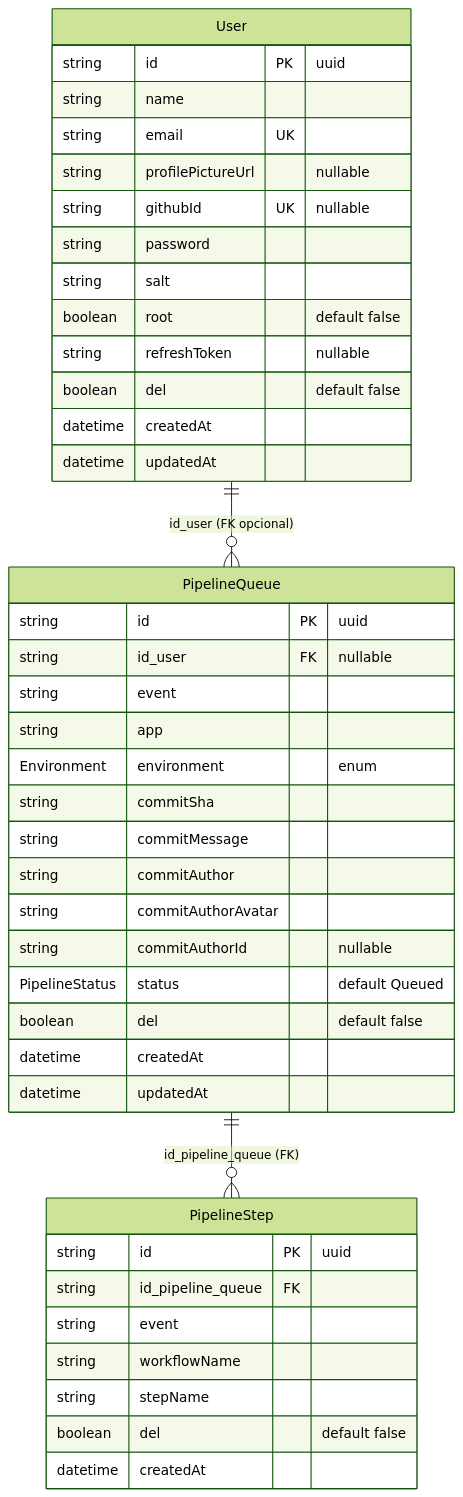
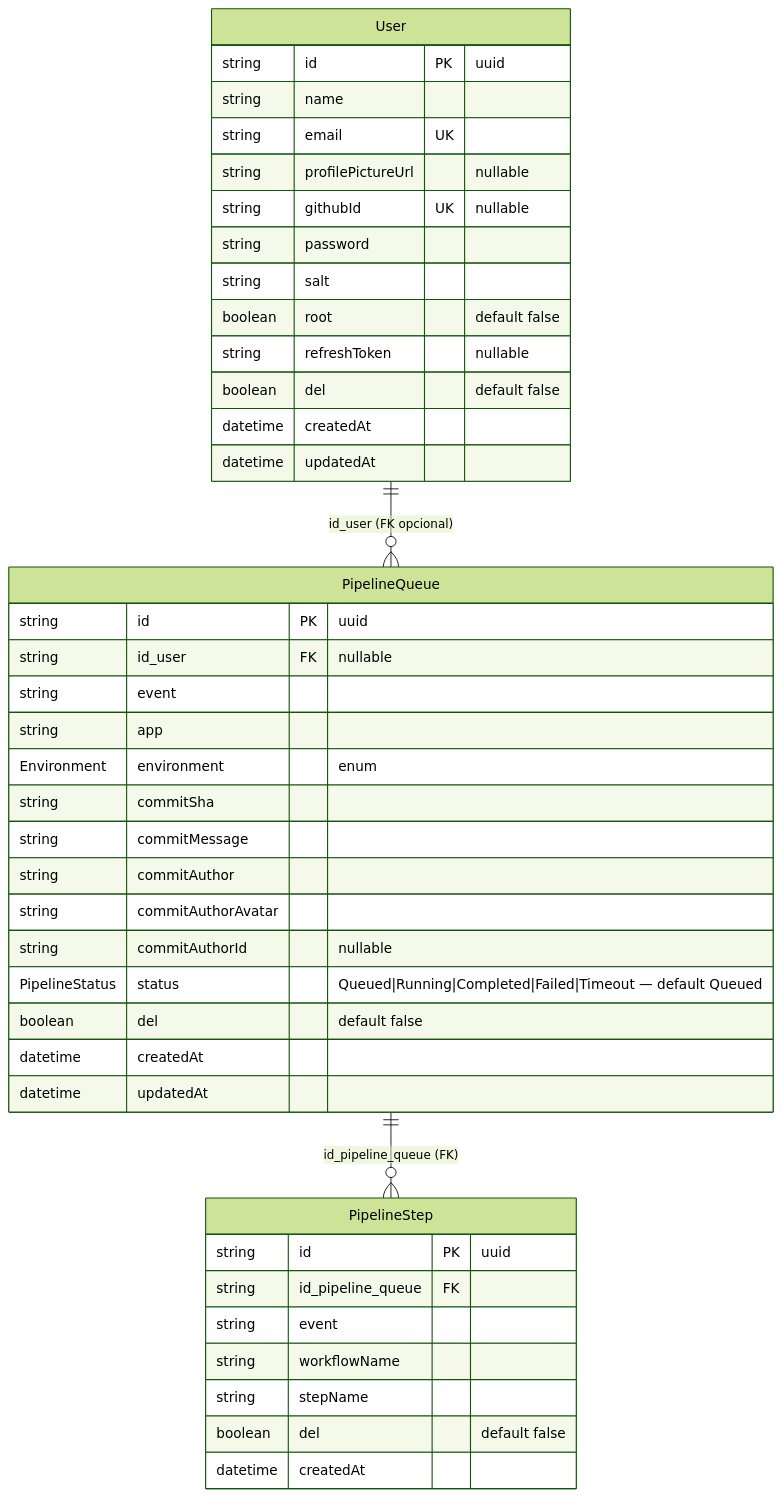
Before and after one commit to adaptwebtech/monitor-deploy: the diagram in docs/CODEBASE.md, drawn with Mermaid (forest theme). The commit also changed other lines of this file and 36 other files, not shown here.

````diff
--- a/docs/CODEBASE.md
+++ b/docs/CODEBASE.md
@@ -341,47 +355,47 @@
 ```mermaid
 erDiagram
     User ||--o{ PipelineQueue : "id_user (FK opcional)"
     PipelineQueue ||--o{ PipelineStep : "id_pipeline_queue (FK)"
 
     User {
         string id PK "uuid"
         string name
         string email UK
         string profilePictureUrl "nullable"
         string githubId UK "nullable"
         string password
         string salt
         boolean root "default false"
         string refreshToken "nullable"
         boolean del "default false"
         datetime createdAt
         datetime updatedAt
     }
 
     PipelineQueue {
         string id PK "uuid"
         string id_user FK "nullable"
         string event
         string app
         Environment environment "enum"
         string commitSha
         string commitMessage
         string commitAuthor
         string commitAuthorAvatar
         string commitAuthorId "nullable"
-        PipelineStatus status "default Queued"
+        PipelineStatus status "Queued|Running|Completed|Failed|Timeout — default Queued"
         boolean del "default false"
         datetime createdAt
         datetime updatedAt
     }
 
     PipelineStep {
         string id PK "uuid"
         string id_pipeline_queue FK
         string event
         string workflowName
         string stepName
         boolean del "default false"
         datetime createdAt
     }
 ```
````
